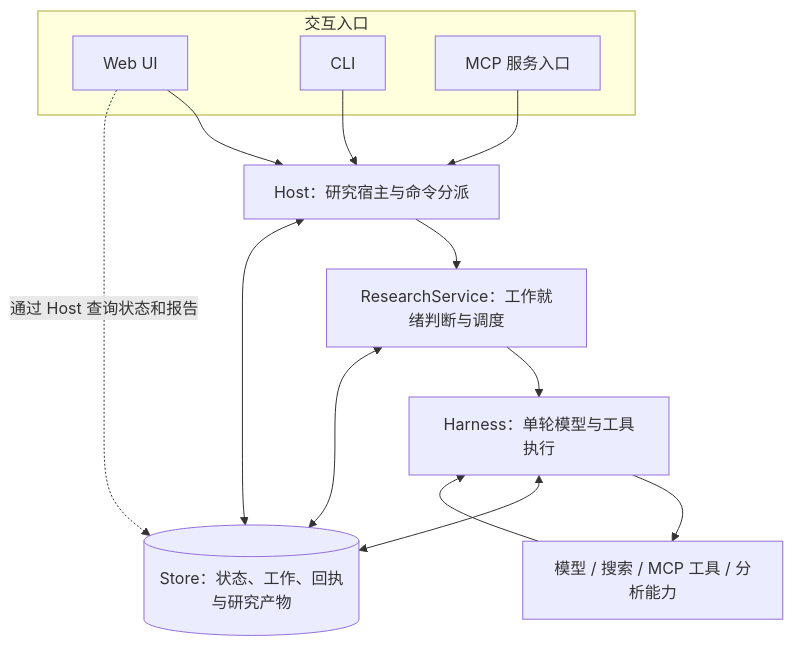
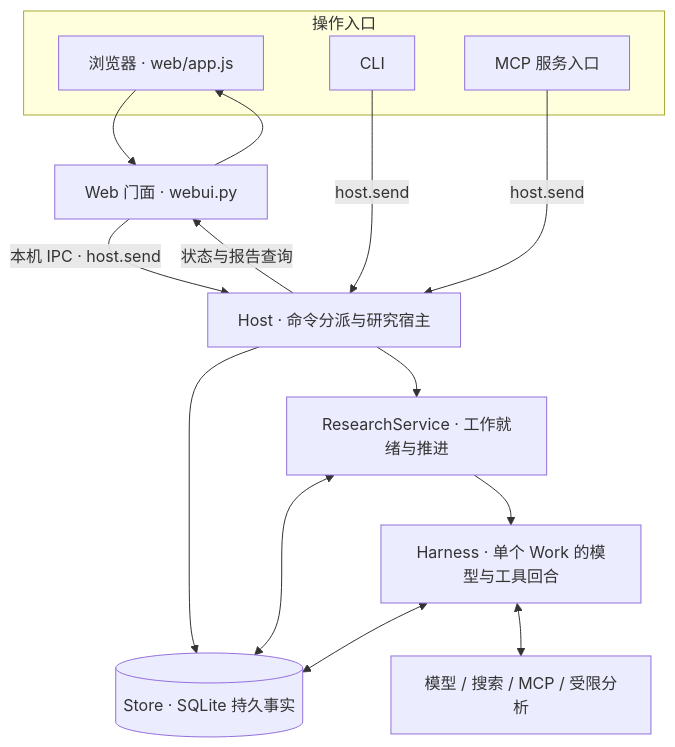
The first of 7 diagrams in docs/technical-handbook/02-architecture.md (studyzhige-ui/Epivra), drawn with Mermaid before and after one commit. The commit also changed other lines of this file, not shown here.

Commit message:
docs: rewrite chapter 02 with verified Host IPC, SQLite transactions, async scheduling and interview-grade state traces

````diff
--- a/docs/technical-handbook/02-architecture.md
+++ b/docs/technical-handbook/02-architecture.md
@@ -9,19 +11,20 @@
 ```mermaid
 flowchart TD
-  subgraph Entry["交互入口"]
-    WEB["Web UI"]
-    CLI["CLI"]
-    MCP["MCP 服务入口"]
-  end
-  WEB --> HOST["Host：研究宿主与命令分派"]
-  CLI --> HOST
-  MCP --> HOST
-  HOST --> RS["ResearchService：工作就绪判断与调度"]
-  RS --> H["Harness：单轮模型与工具执行"]
-  H --> EXT["模型 / 搜索 / MCP 工具 / 分析能力"]
-  EXT --> H
-  H <--> STORE[("Store：状态、工作、回执与研究产物")]
-  RS <--> STORE
-  HOST <--> STORE
-  WEB -.->|"通过 Host 查询状态和报告"| STORE
+    subgraph UI["操作入口"]
+        B["浏览器 · web/app.js"]
+        C["CLI"]
+        M["MCP 服务入口"]
+    end
+    B --> G["Web 门面 · webui.py"]
+    G -->|"本机 IPC · host.send"| H["Host · 命令分派与研究宿主"]
+    C -->|"host.send"| H
+    M -->|"host.send"| H
+    H --> S[("Store · SQLite 持久事实")]
+    H --> R["ResearchService · 工作就绪与推进"]
+    R <--> S
+    R --> X["Harness · 单个 Work 的模型与工具回合"]
+    X <--> S
+    X <--> P["模型 / 搜索 / MCP / 受限分析"]
+    H -->|"状态与报告查询"| G
+    G --> B
 ```
````
